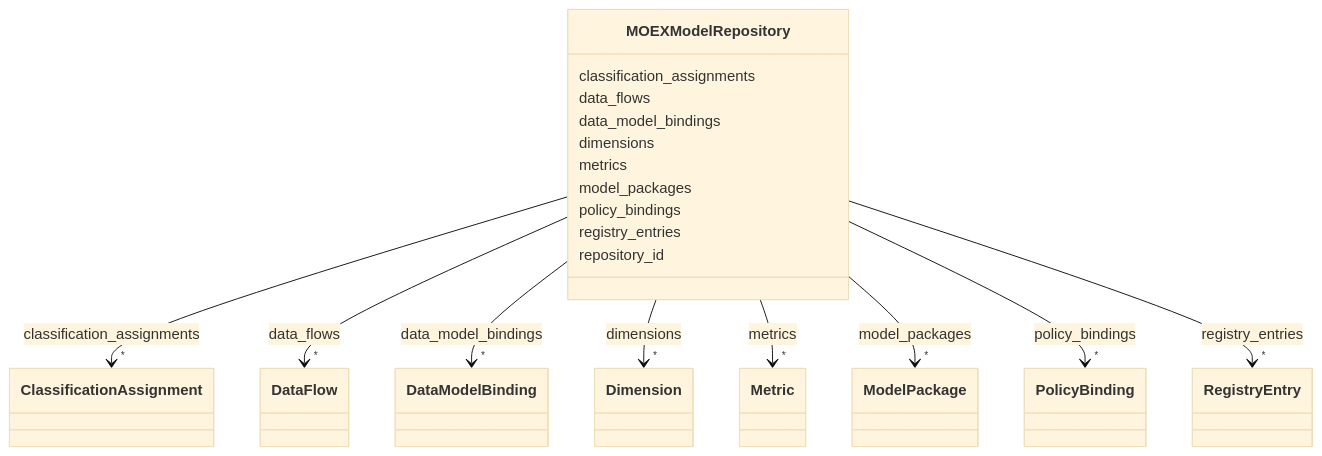
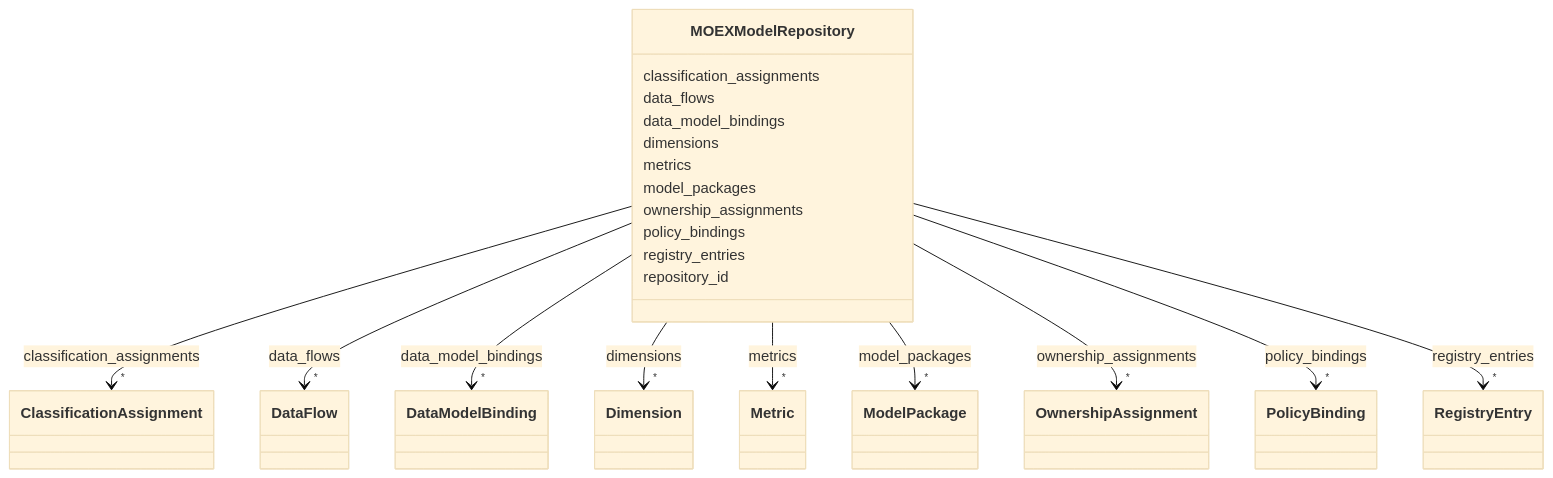
Before and after one commit to oista/moex-data-model: the diagram in generated/artifacts/moex-dams/0.1/diagrams/MOEXModelRepository.md, drawn with Mermaid (base theme). The commit also changed 26 other files, not shown here.

First line of the commit message:
chore(generated): regenerate DAMS artifacts for schema 5.0.0 (ADR-049)

```diff
--- a/generated/artifacts/moex-dams/0.1/diagrams/MOEXModelRepository.md
+++ b/generated/artifacts/moex-dams/0.1/diagrams/MOEXModelRepository.md
@@ -71,6 +71,17 @@
     
 
         
+      MOEXModelRepository : ownership_assignments
+        
+          
+    
+        
+        
+        MOEXModelRepository --> "*" OwnershipAssignment : ownership_assignments
+        click OwnershipAssignment href "../OwnershipAssignment"
+    
+
+        
       MOEXModelRepository : policy_bindings
         
           
```
